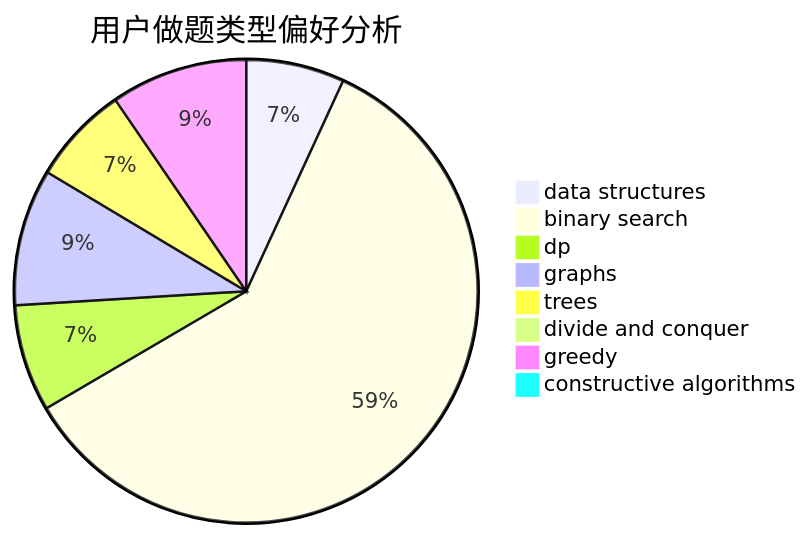
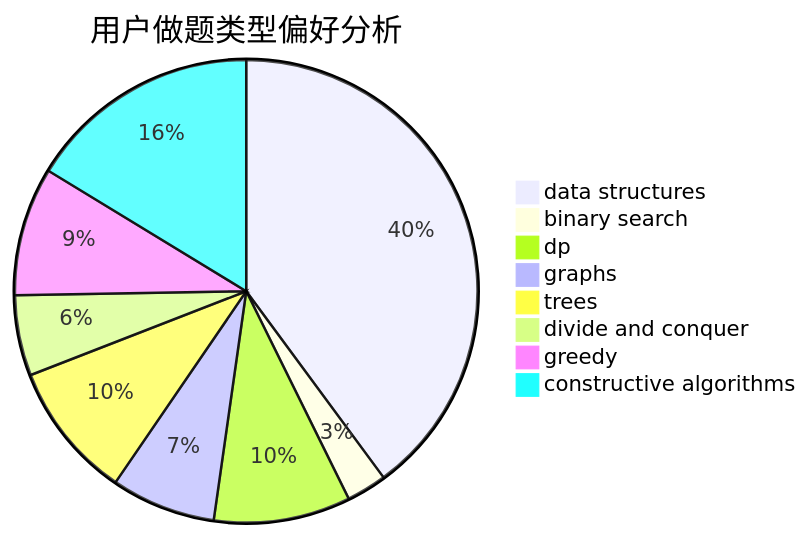
One commit to sherpahu/cfrs.github.io changed the second of 3 diagrams in docs/user/u2074.md. Above: the diagram before and after it, drawn with Mermaid. The commit also changed other lines of this file and 2770 other files, not shown here.

````diff
--- a/docs/user/u2074.md
+++ b/docs/user/u2074.md
@@ -23,11 +23,11 @@
 ```mermaid
 pie title 用户做题类型偏好分析
-    "data structures" :  23
-    "binary search" :  200
-    "dp" :  25
-    "graphs" :  32
-    "trees" :  23
-    "divide and conquer" :  0
-    "greedy" :  32
-    "constructive algorithms" :  2
+    "data structures" :  71
+    "binary search" :  5
+    "dp" :  17
+    "graphs" :  13
+    "trees" :  17
+    "divide and conquer" :  10
+    "greedy" :  16
+    "constructive algorithms" :  29
 ```
````
